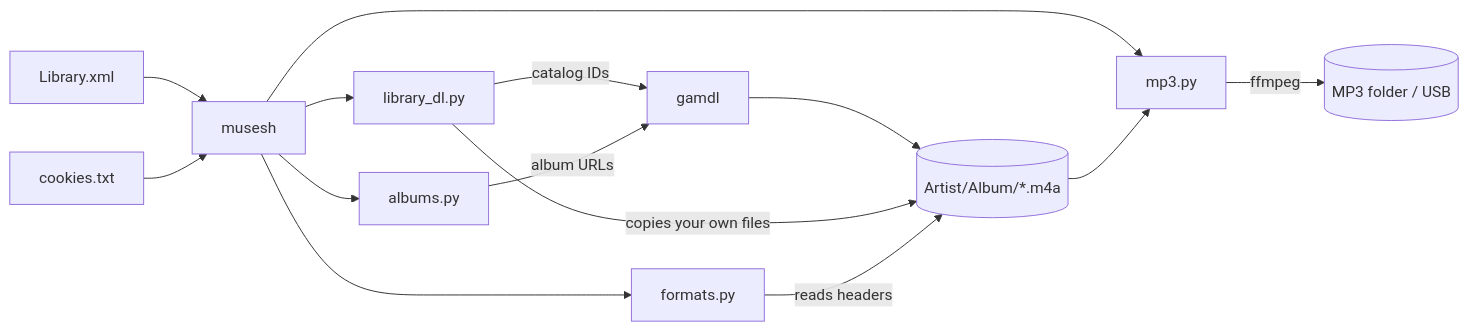
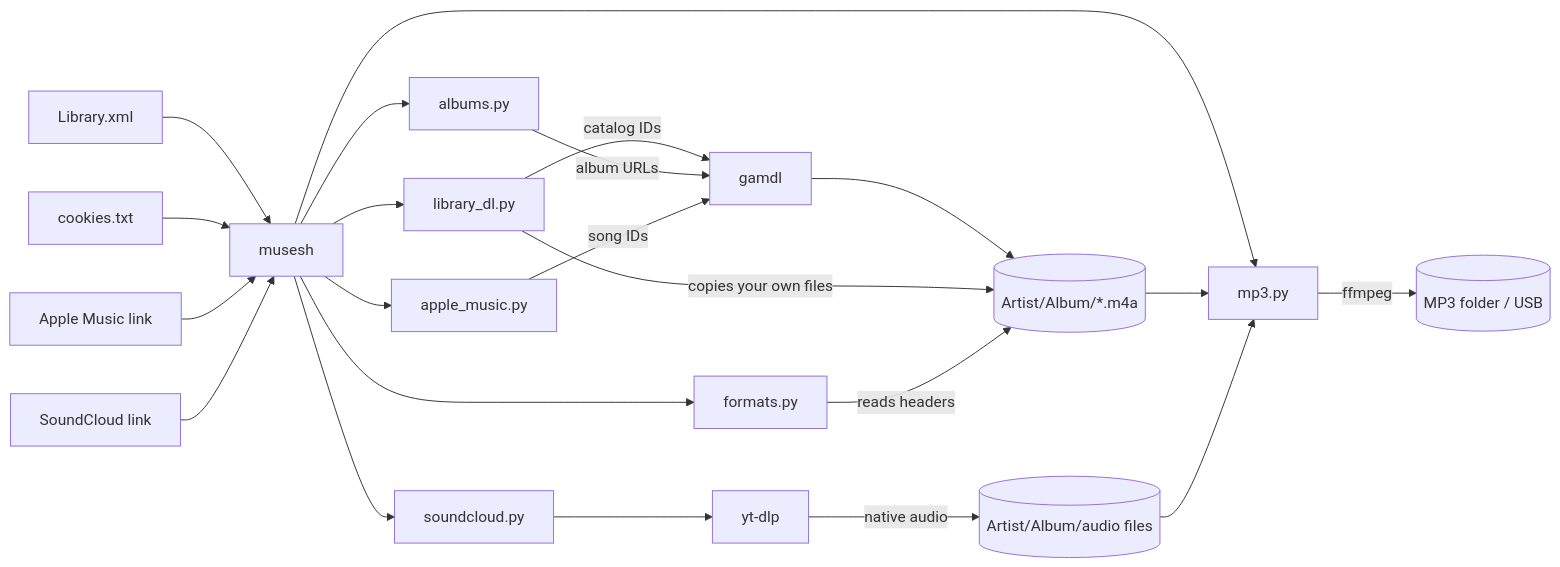
Before and after one commit to Comiclyy/musesh: the diagram in docs/how-it-works.md, drawn with Mermaid. The commit also changed other lines of this file and 16 other files, not shown here.

````diff
--- a/docs/how-it-works.md
+++ b/docs/how-it-works.md
@@ -16,16 +20,24 @@
 ```mermaid
 flowchart LR
   X[Library.xml] --> M[musesh]
   C[cookies.txt] --> M
   M --> L[library_dl.py]
   M --> A[albums.py]
+  AM[Apple Music link] --> M
+  SC[SoundCloud link] --> M
+  M --> AMH[apple_music.py]
+  M --> SCH[soundcloud.py]
   M --> F[formats.py]
   M --> P[mp3.py]
   L -- catalog IDs --> G[gamdl]
   A -- album URLs --> G
+  AMH -- song IDs --> G
+  SCH --> Y[yt-dlp]
   G --> D[(Artist/Album/*.m4a)]
+  Y -- native audio --> N[(Artist/Album/audio files)]
   L -- copies your own files --> D
   F -- reads headers --> D
   P -- ffmpeg --> U[(MP3 folder / USB)]
   D --> P
+  N --> P
 ```
````
